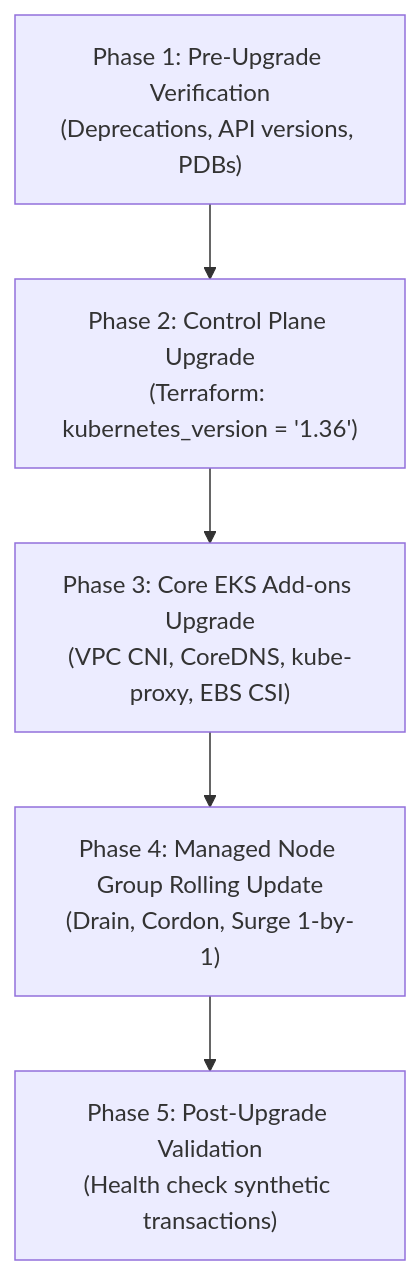
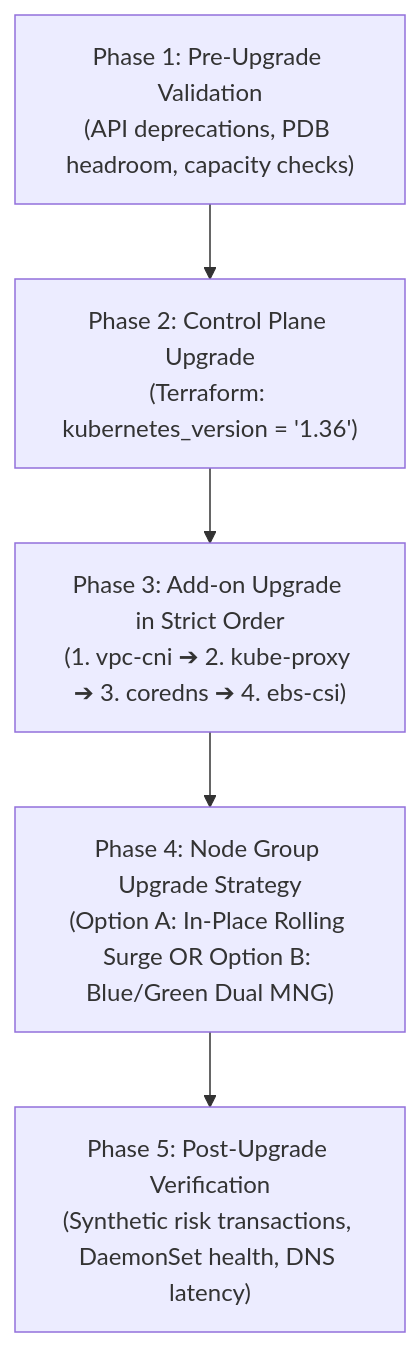
The second of 3 diagrams in ARCHITECTURE.md (nagaraj602/interview-project-explain), drawn with Mermaid before and after one commit. The commit also changed other lines of this file and 4 other files, not shown here.

Commit message:
docs & feat: explicit EKS addon upgrade ordering, dual node group patterns, and native vs decoupled RDS blue-green architectures

````diff
--- a/ARCHITECTURE.md
+++ b/ARCHITECTURE.md
@@ -292,7 +292,7 @@
 ```mermaid
 flowchart TD
-    Step1["Phase 1: Pre-Upgrade Verification<br/>(Deprecations, API versions, PDBs)"] --> Step2["Phase 2: Control Plane Upgrade<br/>(Terraform: kubernetes_version = '1.36')"]
-    Step2 --> Step3["Phase 3: Core EKS Add-ons Upgrade<br/>(VPC CNI, CoreDNS, kube-proxy, EBS CSI)"]
-    Step3 --> Step4["Phase 4: Managed Node Group Rolling Update<br/>(Drain, Cordon, Surge 1-by-1)"]
-    Step4 --> Step5["Phase 5: Post-Upgrade Validation<br/>(Health check synthetic transactions)"]
+    Step1["Phase 1: Pre-Upgrade Validation<br/>(API deprecations, PDB headroom, capacity checks)"] --> Step2["Phase 2: Control Plane Upgrade<br/>(Terraform: kubernetes_version = '1.36')"]
+    Step2 --> Step3["Phase 3: Add-on Upgrade in Strict Order<br/>(1. vpc-cni ➔ 2. kube-proxy ➔ 3. coredns ➔ 4. ebs-csi)"]
+    Step3 --> Step4["Phase 4: Node Group Upgrade Strategy<br/>(Option A: In-Place Rolling Surge OR Option B: Blue/Green Dual MNG)"]
+    Step4 --> Step5["Phase 5: Post-Upgrade Verification<br/>(Synthetic risk transactions, DaemonSet health, DNS latency)"]
 ```
````
